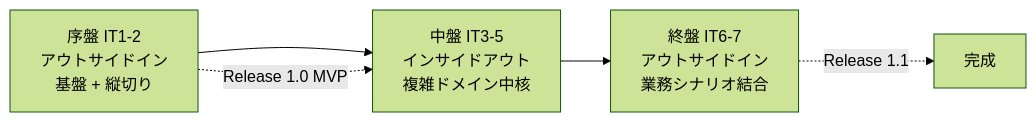
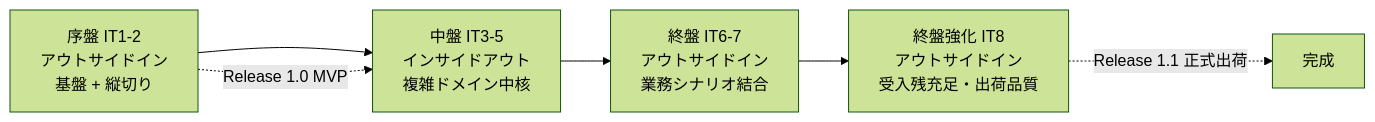
Before and after one commit to k2works/case-study-cargo-tracker: the first of 4 diagrams in docs/development/development_strategy.md, drawn with Mermaid (forest theme). The commit also changed other lines of this file and 1 other file, not shown here.

Commit message:
docs(plan): IT8 設計整合性検証で開発戦略の局面追加・図の再利用を明記
validating-design（3 軸）の指摘:
- 軸A: development_strategy の局面割り当てに IT8（終盤・強化/予備・アウトサイドイン）を追加。
  局面図に IT8 強化を反映（Release 1.1 正式出荷）
- 軸B: 状態遷移図・画面遷移図は新規集約/画面がないため IT7・ui_design の図を
  正として再利用し、本 IT の差分（Settled イベント駆動化・消費税表示・
  フィルタ/返金導線）を明記

````diff
--- a/docs/development/development_strategy.md
+++ b/docs/development/development_strategy.md
@@ -34,7 +35,8 @@
 ```mermaid
 graph LR
     A["序盤 IT1-2<br/>アウトサイドイン<br/>基盤 + 縦切り"] --> B["中盤 IT3-5<br/>インサイドアウト<br/>複雑ドメイン中核"]
     B --> C["終盤 IT6-7<br/>アウトサイドイン<br/>業務シナリオ結合"]
+    C --> E["終盤強化 IT8<br/>アウトサイドイン<br/>受入残充足・出荷品質"]
     A -.->|Release 1.0 MVP| B
-    C -.->|Release 1.1| D["完成"]
+    E -.->|Release 1.1 正式出荷| D["完成"]
 ```
````
